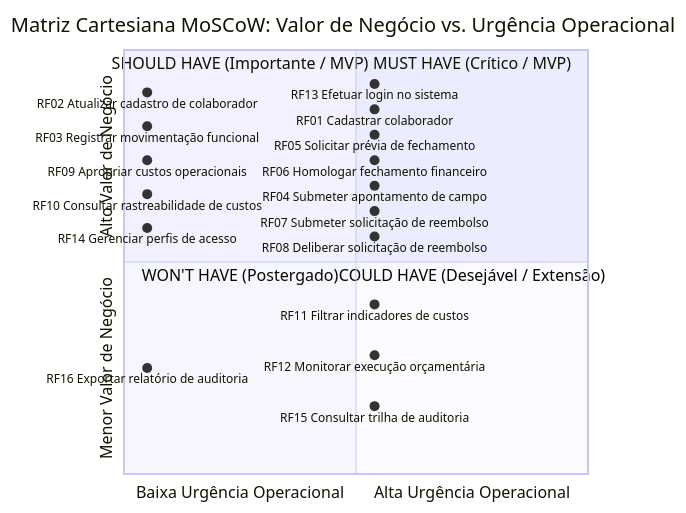
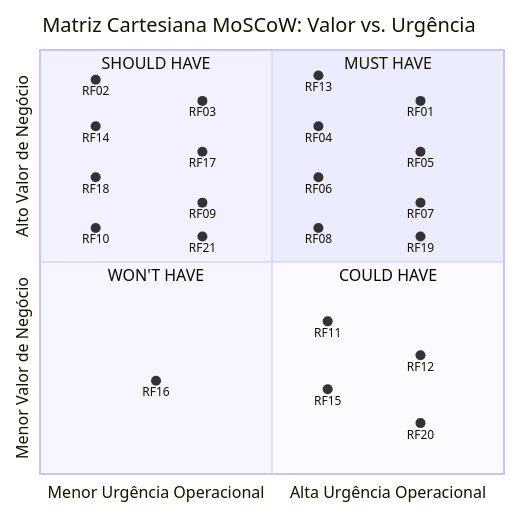
One commit to mdsreq-fga-unb/REQ-2026.2-T01-DUOC-Finance changed the first of 4 diagrams in docs/requisitos/priorizacao.md. Above: the diagram before and after it, drawn with Mermaid. The commit also changed other lines of this file and 11 other files, not shown here.

First line of the commit message:
docs(requisitos): unifica priorizacao, amplia diagramas e consolida mvp (#79)

````diff
--- a/docs/requisitos/priorizacao.md
+++ b/docs/requisitos/priorizacao.md
@@ -66,26 +51,31 @@
 ```mermaid
 quadrantChart
-    title Matriz Cartesiana MoSCoW: Valor de Negócio vs. Urgência Operacional
-    x-axis "Baixa Urgência Operacional" --> "Alta Urgência Operacional"
+    title Matriz Cartesiana MoSCoW: Valor vs. Urgência
+    x-axis "Menor Urgência Operacional" --> "Alta Urgência Operacional"
     y-axis "Menor Valor de Negócio" --> "Alto Valor de Negócio"
-    quadrant-1 "MUST HAVE (Crítico / MVP)"
-    quadrant-2 "SHOULD HAVE (Importante / MVP)"
-    quadrant-3 "WON'T HAVE (Postergado)"
-    quadrant-4 "COULD HAVE (Desejável / Extensão)"
-    "RF13 Efetuar login no sistema": [0.54, 0.92]
-    "RF01 Cadastrar colaborador": [0.54, 0.86]
-    "RF05 Solicitar prévia de fechamento": [0.54, 0.80]
-    "RF06 Homologar fechamento financeiro": [0.54, 0.74]
-    "RF04 Submeter apontamento de campo": [0.54, 0.68]
-    "RF07 Submeter solicitação de reembolso": [0.54, 0.62]
-    "RF08 Deliberar solicitação de reembolso": [0.54, 0.56]
-    "RF02 Atualizar cadastro de colaborador": [0.05, 0.90]
-    "RF03 Registrar movimentação funcional": [0.05, 0.82]
-    "RF09 Apropriar custos operacionais": [0.05, 0.74]
-    "RF10 Consultar rastreabilidade de custos": [0.05, 0.66]
-    "RF14 Gerenciar perfis de acesso": [0.05, 0.58]
-    "RF11 Filtrar indicadores de custos": [0.54, 0.40]
-    "RF12 Monitorar execução orçamentária": [0.54, 0.28]
-    "RF15 Consultar trilha de auditoria": [0.54, 0.16]
-    "RF16 Exportar relatório de auditoria": [0.05, 0.25]
+    quadrant-1 "MUST HAVE"
+    quadrant-2 "SHOULD HAVE"
+    quadrant-3 "WON'T HAVE"
+    quadrant-4 "COULD HAVE"
+    "RF13": [0.60, 0.94]
+    "RF04": [0.60, 0.82]
+    "RF06": [0.60, 0.70]
+    "RF08": [0.60, 0.58]
+    "RF01": [0.82, 0.88]
+    "RF05": [0.82, 0.76]
+    "RF07": [0.82, 0.64]
+    "RF19": [0.82, 0.56]
+    "RF02": [0.12, 0.93]
+    "RF14": [0.12, 0.82]
+    "RF18": [0.12, 0.70]
+    "RF10": [0.12, 0.58]
+    "RF03": [0.35, 0.88]
+    "RF17": [0.35, 0.76]
+    "RF09": [0.35, 0.64]
+    "RF21": [0.35, 0.56]
+    "RF11": [0.62, 0.36]
+    "RF15": [0.62, 0.20]
+    "RF12": [0.82, 0.28]
+    "RF20": [0.82, 0.12]
+    "RF16": [0.25, 0.22]
 ```
````
